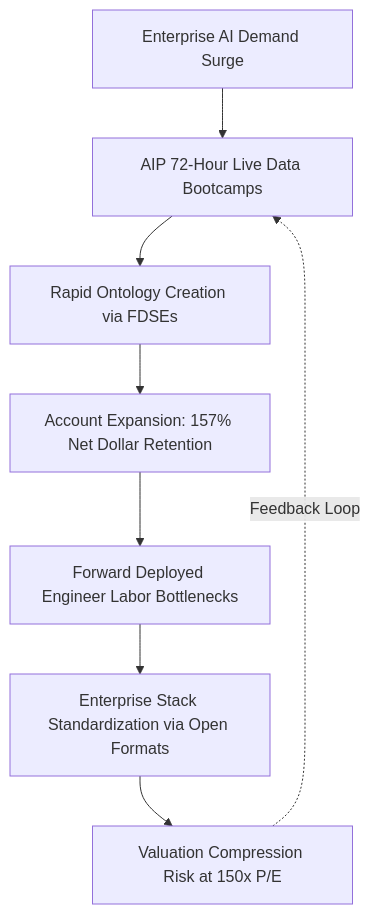
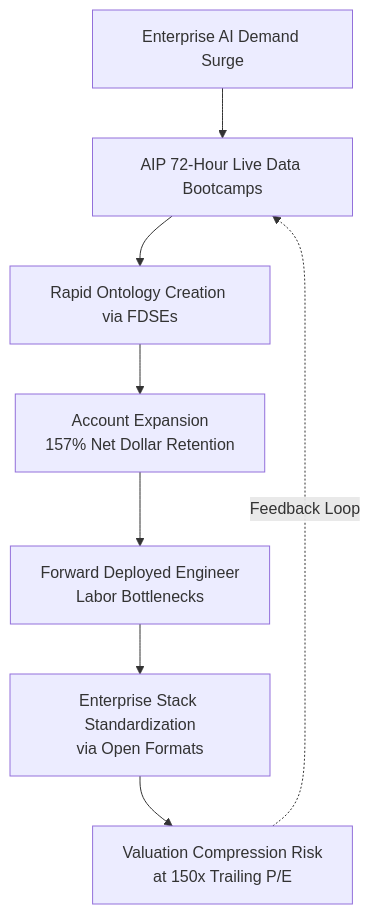
Before and after one commit to Unheat/memeTrading: the diagram in web/src/content/articles/pltr-pltr-2026-09-28-001.md, drawn with Mermaid. The commit also changed other lines of this file and 5 other files, not shown here.

First line of the commit message:
fix(frontend,media): resolve black-on-black code blocks and Mermaid text clipping

````diff
--- a/web/src/content/articles/pltr-pltr-2026-09-28-001.md
+++ b/web/src/content/articles/pltr-pltr-2026-09-28-001.md
@@ -94,10 +166,10 @@
 ```mermaid
 flowchart TD
     A["Enterprise AI Demand Surge"] --> B["AIP 72-Hour Live Data Bootcamps"]
     B --> C["Rapid Ontology Creation via FDSEs"]
-    C --> D["Account Expansion: 157% Net Dollar Retention"]
-    D --> E["Forward Deployed Engineer Labor Bottlenecks"]
-    E --> F["Enterprise Stack Standardization via Open Formats"]
-    F --> G["Valuation Compression Risk at 150x P/E"]
+    C --> D["Account Expansion<br/>157% Net Dollar Retention"]
+    D --> E["Forward Deployed Engineer<br/>Labor Bottlenecks"]
+    E --> F["Enterprise Stack Standardization<br/>via Open Formats"]
+    F --> G["Valuation Compression Risk<br/>at 150x Trailing P/E"]
     G -. Feedback Loop .-> B
 ```
````
